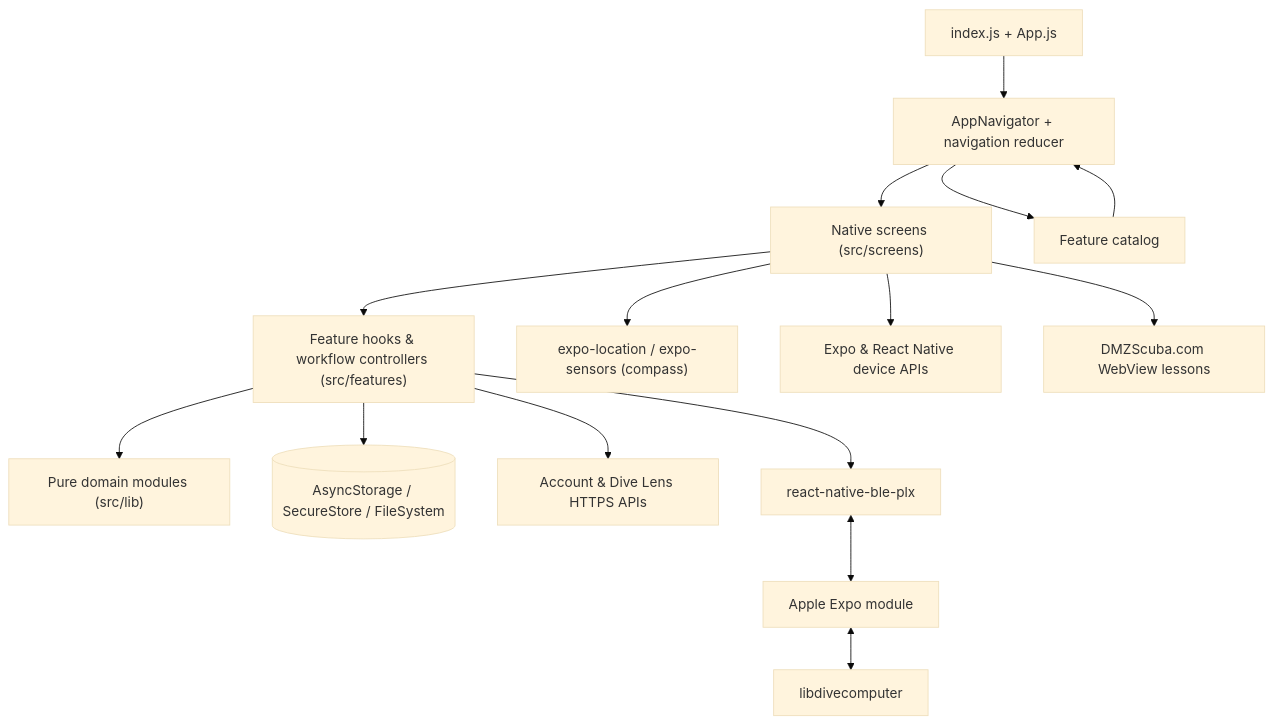
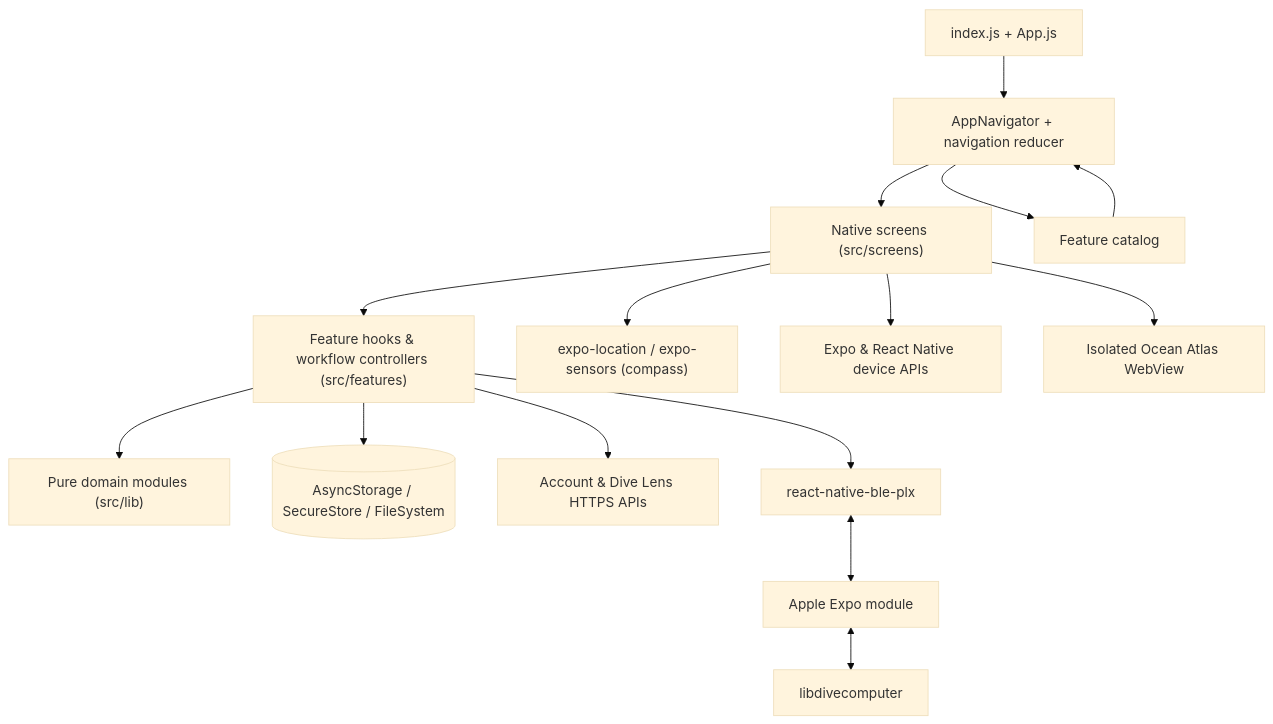
Before and after one commit to dmz34705/dmzscuba-app: the diagram in README.md, drawn with Mermaid (base theme). The commit also changed other lines of this file and 112 other files, not shown here.

````diff
--- a/README.md
+++ b/README.md
@@ -553,17 +661,17 @@
 ```mermaid
 flowchart TD
     Entry["index.js + App.js"] --> Nav["AppNavigator + navigation reducer"]
     Nav --> Screens["Native screens (src/screens)"]
     Nav --> Catalog["Feature catalog"]
     Screens --> Features["Feature hooks & workflow controllers (src/features)"]
     Features --> Domain["Pure domain modules (src/lib)"]
     Features --> Storage[("AsyncStorage / SecureStore / FileSystem")]
     Screens --> Sensors["expo-location / expo-sensors (compass)"]
     Screens --> Expo["Expo & React Native device APIs"]
-    Screens --> Web["DMZScuba.com WebView lessons"]
+    Screens --> Atlas["Isolated Ocean Atlas WebView"]
     Features --> APIs["Account & Dive Lens HTTPS APIs"]
     Features --> BLE["react-native-ble-plx"]
     BLE <--> Bridge["Apple Expo module"]
     Bridge <--> LibDC["libdivecomputer"]
     Catalog --> Nav
 ```
````
